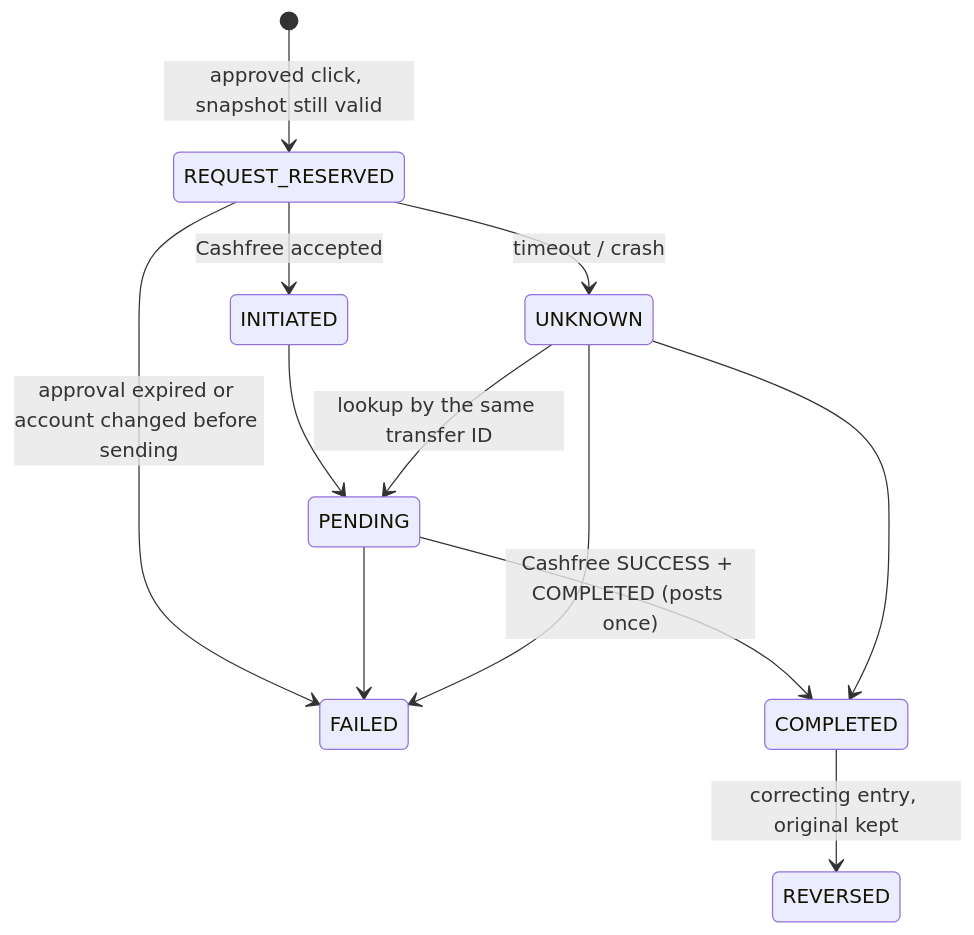
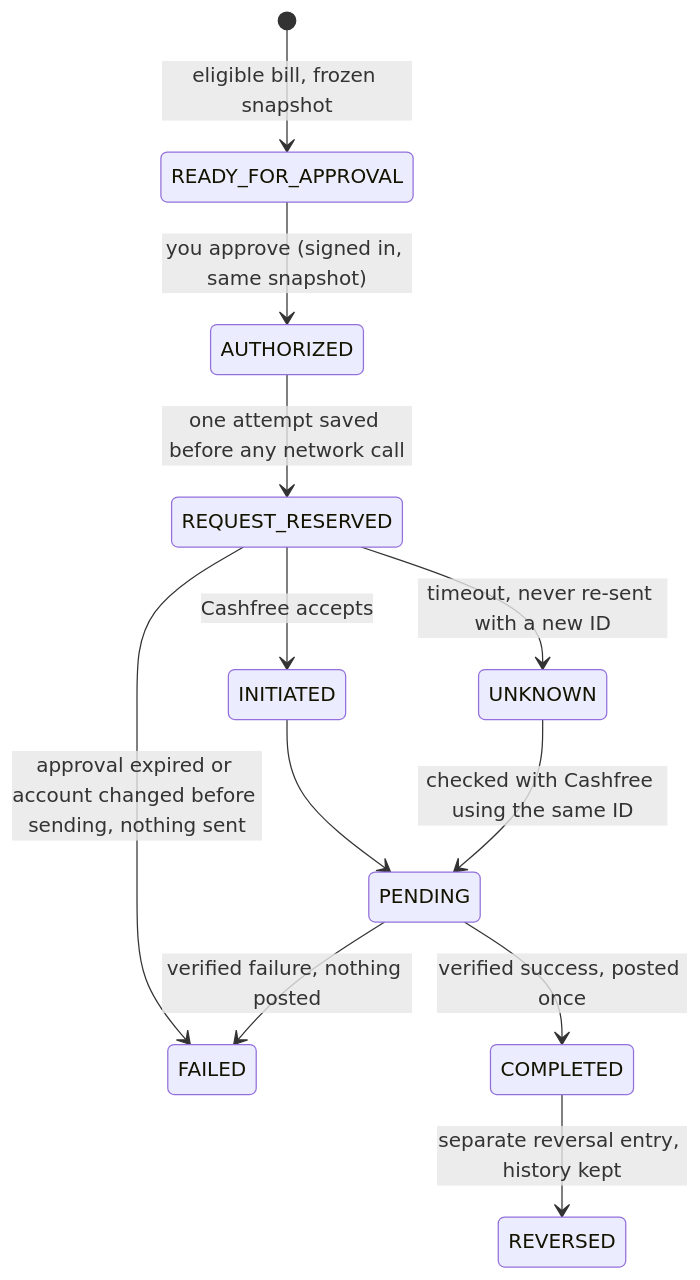
One commit to ritwijn/nipta changed the second of 2 diagrams in README.md. Above: the diagram before and after it, drawn with Mermaid. The commit also changed other lines of this file and 19 other files, not shown here.

First line of the commit message:
README with trailer, flow SVGs and where Sarvam AI and Cashfree are used (#12)

````diff
--- a/README.md
+++ b/README.md
@@ -95,14 +235,14 @@
 ```mermaid
 stateDiagram-v2
-    [*] --> REQUEST_RESERVED: approved click, snapshot still valid
-    REQUEST_RESERVED --> INITIATED: Cashfree accepted
-    REQUEST_RESERVED --> UNKNOWN: timeout / crash
-    REQUEST_RESERVED --> FAILED: approval expired or account changed before sending
+    [*] --> READY_FOR_APPROVAL: eligible bill, frozen snapshot
+    READY_FOR_APPROVAL --> AUTHORIZED: you approve (signed in, same snapshot)
+    AUTHORIZED --> REQUEST_RESERVED: one attempt saved before any network call
+    REQUEST_RESERVED --> INITIATED: Cashfree accepts
+    REQUEST_RESERVED --> UNKNOWN: timeout, never re-sent with a new ID
+    REQUEST_RESERVED --> FAILED: approval expired or account changed before sending, nothing sent
     INITIATED --> PENDING
-    PENDING --> COMPLETED: Cashfree SUCCESS + COMPLETED (posts once)
-    PENDING --> FAILED
-    UNKNOWN --> PENDING: lookup by the same transfer ID
-    UNKNOWN --> COMPLETED
-    UNKNOWN --> FAILED
-    COMPLETED --> REVERSED: correcting entry, original kept
+    PENDING --> COMPLETED: verified success, posted once
+    PENDING --> FAILED: verified failure, nothing posted
+    UNKNOWN --> PENDING: checked with Cashfree using the same ID
+    COMPLETED --> REVERSED: separate reversal entry, history kept
 ```
````
